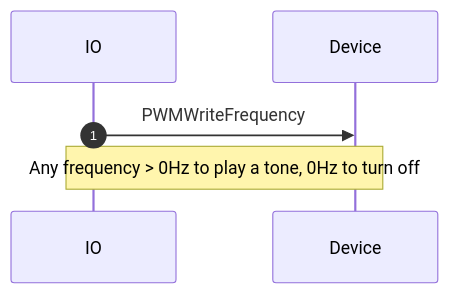
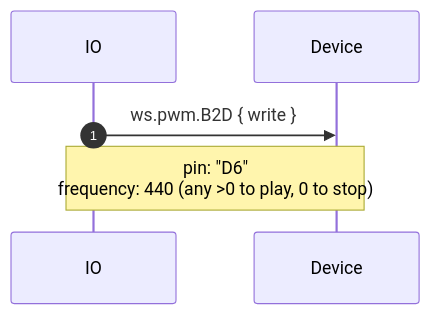
Before and after one commit to adafruit/Wippersnapper_Protobuf: the seventh of 10 diagrams in proto/wippersnapper/docs/pwm.md, drawn with Mermaid. The commit also changed other lines of this file and 10 other files, not shown here.

````diff
--- a/proto/wippersnapper/docs/pwm.md
+++ b/proto/wippersnapper/docs/pwm.md
@@ -93,6 +127,6 @@
 ```mermaid
 sequenceDiagram
 autonumber
-IO->>Device: PWMWriteFrequency
-Note over IO, Device: Any frequency > 0Hz to play a tone, 0Hz to turn off
+IO->>Device: ws.pwm.B2D { write }
+Note over IO, Device: pin: "D6"<br/>frequency: 440 (any >0 to play, 0 to stop)
 ```
````
